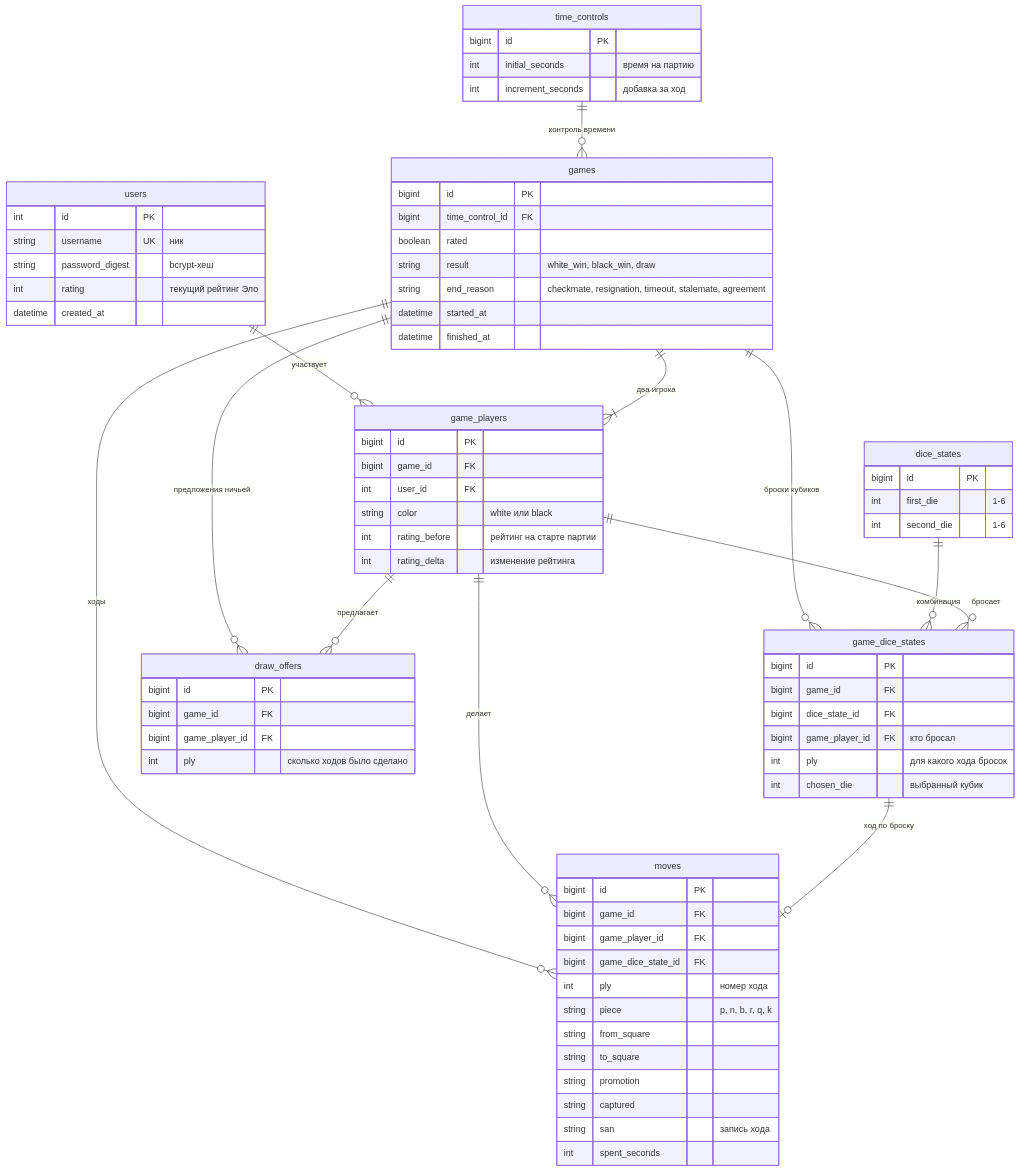
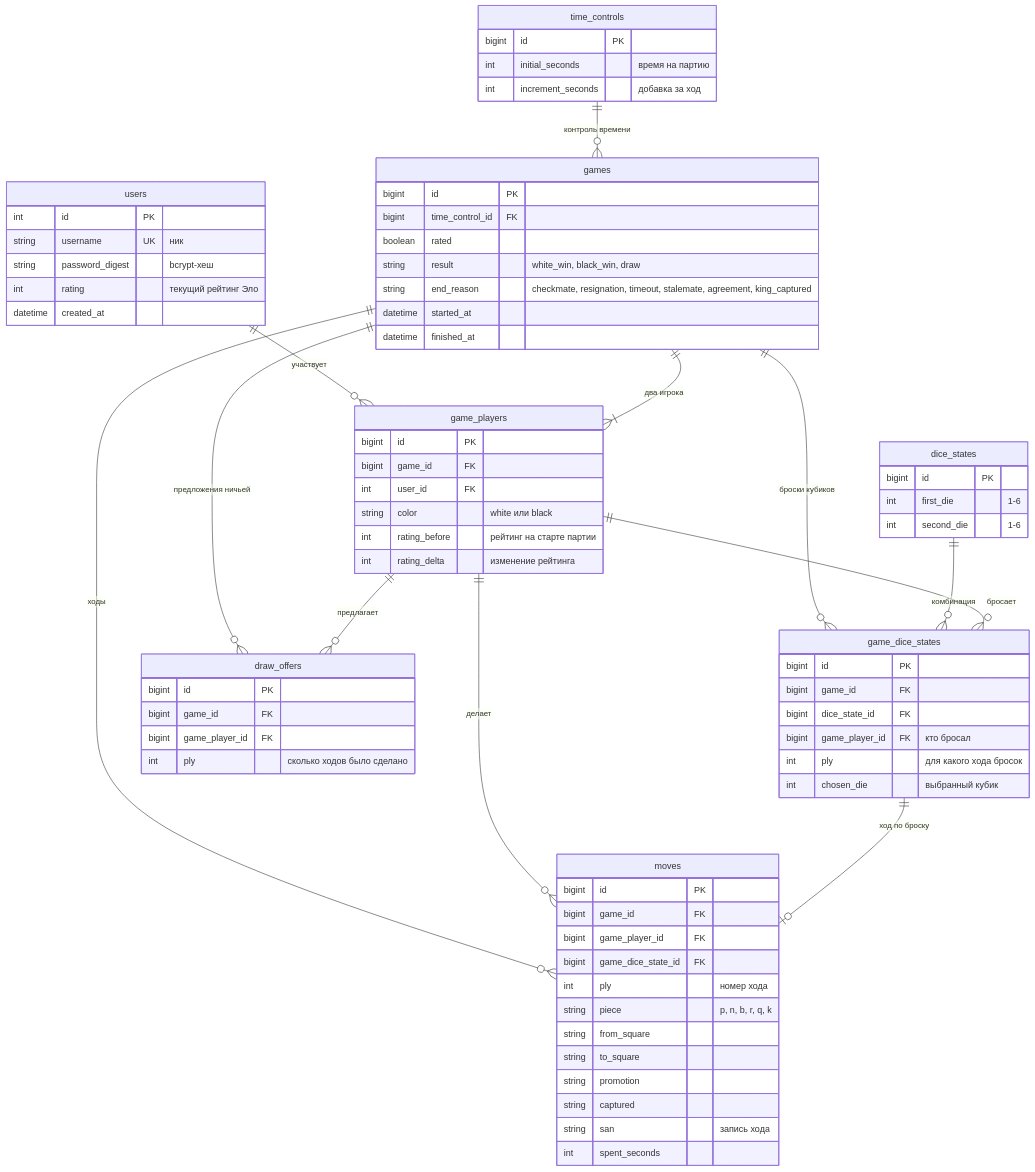
Before and after one commit to Pashaken/webdev27: the diagram in docs/database.md, drawn with Mermaid. The commit also changed other lines of this file and 28 other files, not shown here.

First line of the commit message:
Add playable game flow: lobby, join, dice, moves and result

```diff
--- a/docs/database.md
+++ b/docs/database.md
@@ -37,7 +37,7 @@
         bigint time_control_id FK
         boolean rated
         string result "white_win, black_win, draw"
-        string end_reason "checkmate, resignation, timeout, stalemate, agreement"
+        string end_reason "checkmate, resignation, timeout, stalemate, agreement, king_captured"
         datetime started_at
         datetime finished_at
     }
```
